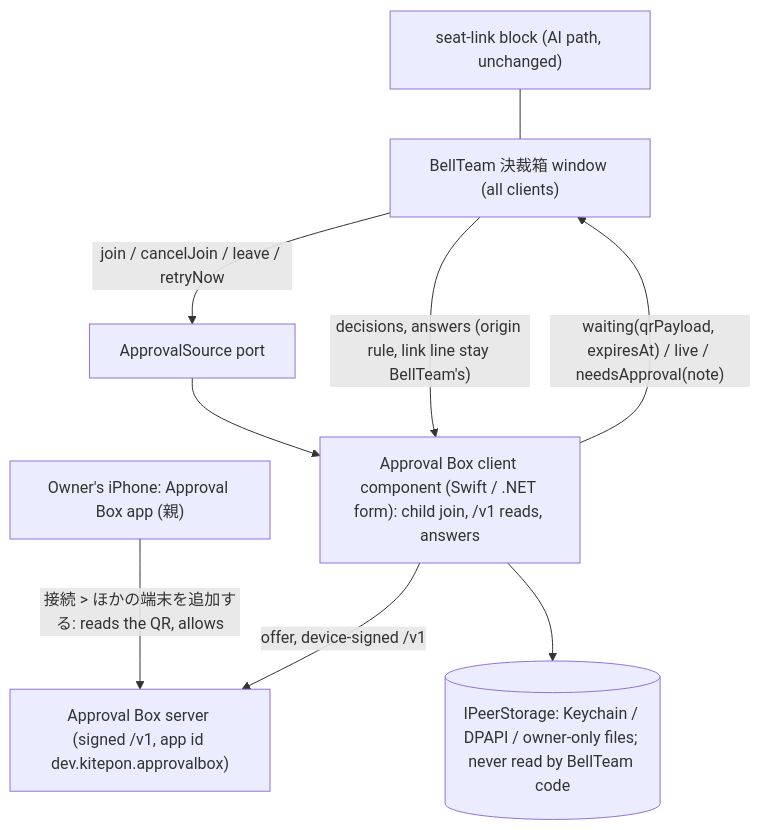
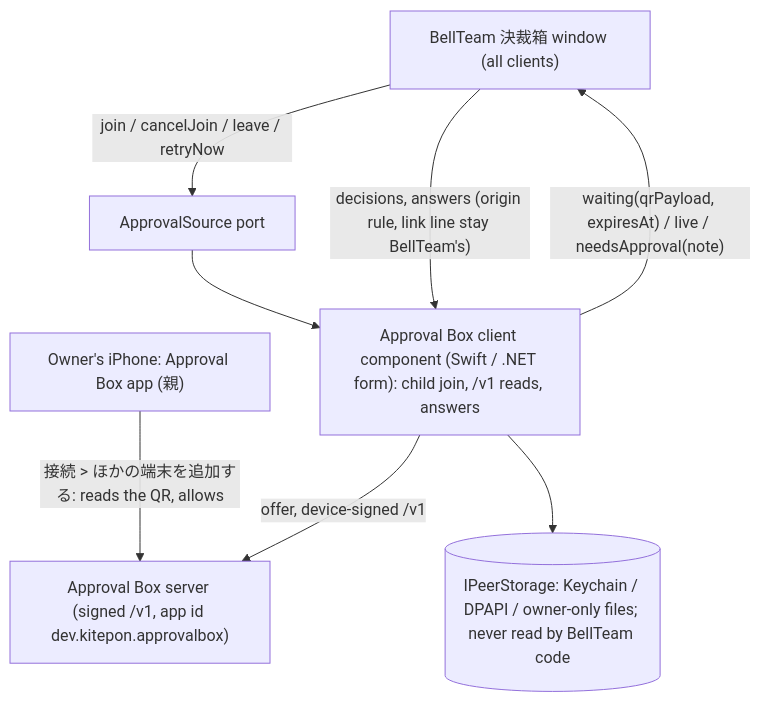
One commit to kitepon/BellTeam changed the second of 2 diagrams in docs/architecture/modules/approval-box-extension/child-join.md. Above: the diagram before and after it, drawn with Mermaid. The commit also changed other lines of this file and 11 other files, not shown here.

````diff
--- a/docs/architecture/modules/approval-box-extension/child-join.md
+++ b/docs/architecture/modules/approval-box-extension/child-join.md
@@ -80,11 +80,10 @@
 ```mermaid
 flowchart TD
   Owner["Owner's iPhone: Approval Box app (親)"] -- "接続 > ほかの端末を追加する: reads the QR, allows" --> Server["Approval Box server (signed /v1, app id dev.kitepon.approvalbox)"]
   Win["BellTeam 決裁箱 window (all clients)"] -- "join / cancelJoin / leave / retryNow" --> Port["ApprovalSource port"]
   Port --> Comp["Approval Box client component (Swift / .NET form): child join, /v1 reads, answers"]
   Comp -- "offer, device-signed /v1" --> Server
   Comp -- "waiting(qrPayload, expiresAt) / live / needsApproval(note)" --> Win
   Comp --> Store[("IPeerStorage: Keychain / DPAPI / owner-only files; never read by BellTeam code")]
   Win -- "decisions, answers (origin rule, link line stay BellTeam's)" --> Comp
-  SeatLink["seat-link block (AI path, unchanged)"] --- Win
 ```
````
